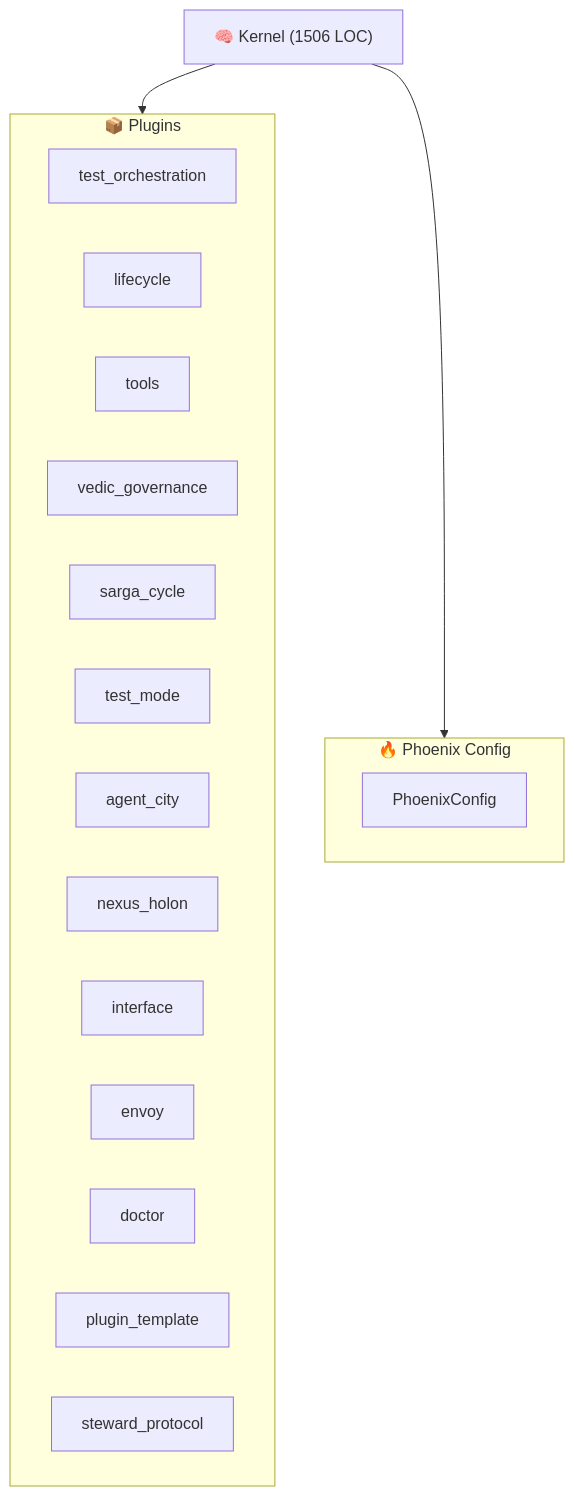
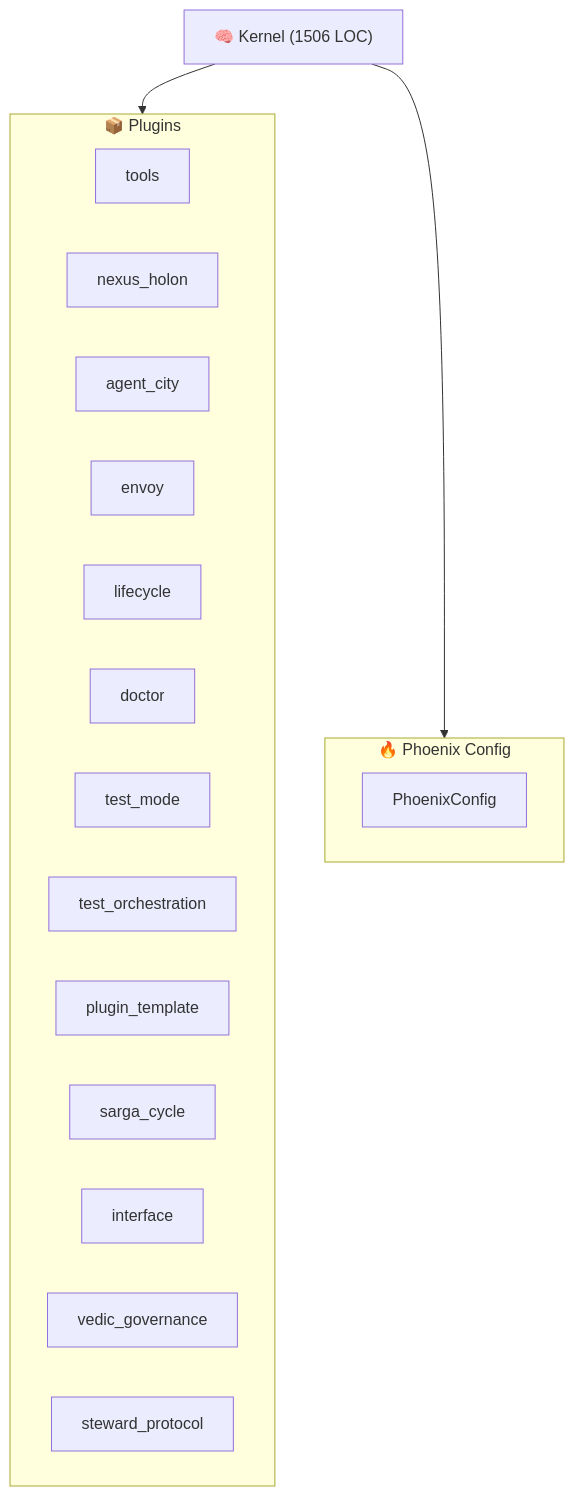
One commit to kimeisele/steward-protocol changed the diagram in ARCHITECTURE.md. Above: the diagram before and after it, drawn with Mermaid. The commit also changed other lines of this file and 15 other files, not shown here.

````diff
--- a/ARCHITECTURE.md
+++ b/ARCHITECTURE.md
@@ -8,24 +8,24 @@
 ```mermaid
 graph TB
     K["🧠 Kernel (1506 LOC)"]
     subgraph Plugins["📦 Plugins"]
+        P_tools["tools"]
+        P_nexus_holon["nexus_holon"]
+        P_agent_city["agent_city"]
+        P_envoy["envoy"]
+        P_lifecycle["lifecycle"]
+        P_doctor["doctor"]
+        P_test_mode["test_mode"]
         P_test_orchestration["test_orchestration"]
-        P_lifecycle["lifecycle"]
-        P_tools["tools"]
+        P_plugin_template["plugin_template"]
+        P_sarga_cycle["sarga_cycle"]
+        P_interface["interface"]
         P_vedic_governance["vedic_governance"]
-        P_sarga_cycle["sarga_cycle"]
-        P_test_mode["test_mode"]
-        P_agent_city["agent_city"]
-        P_nexus_holon["nexus_holon"]
-        P_interface["interface"]
-        P_envoy["envoy"]
-        P_doctor["doctor"]
-        P_plugin_template["plugin_template"]
         P_steward_protocol["steward_protocol"]
     end
     K --> Plugins
     subgraph Config["🔥 Phoenix Config"]
         PC[PhoenixConfig]
     end
     K --> Config
 ```
````
